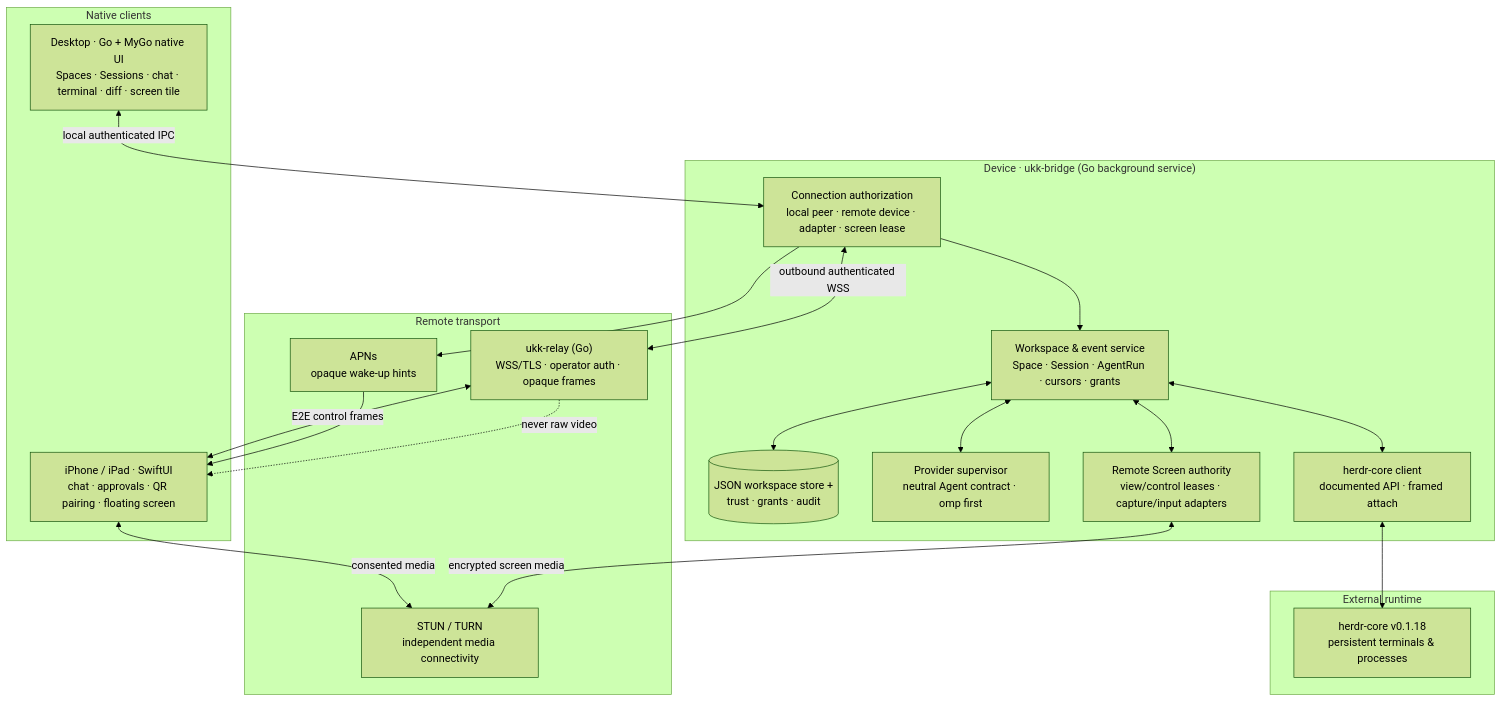
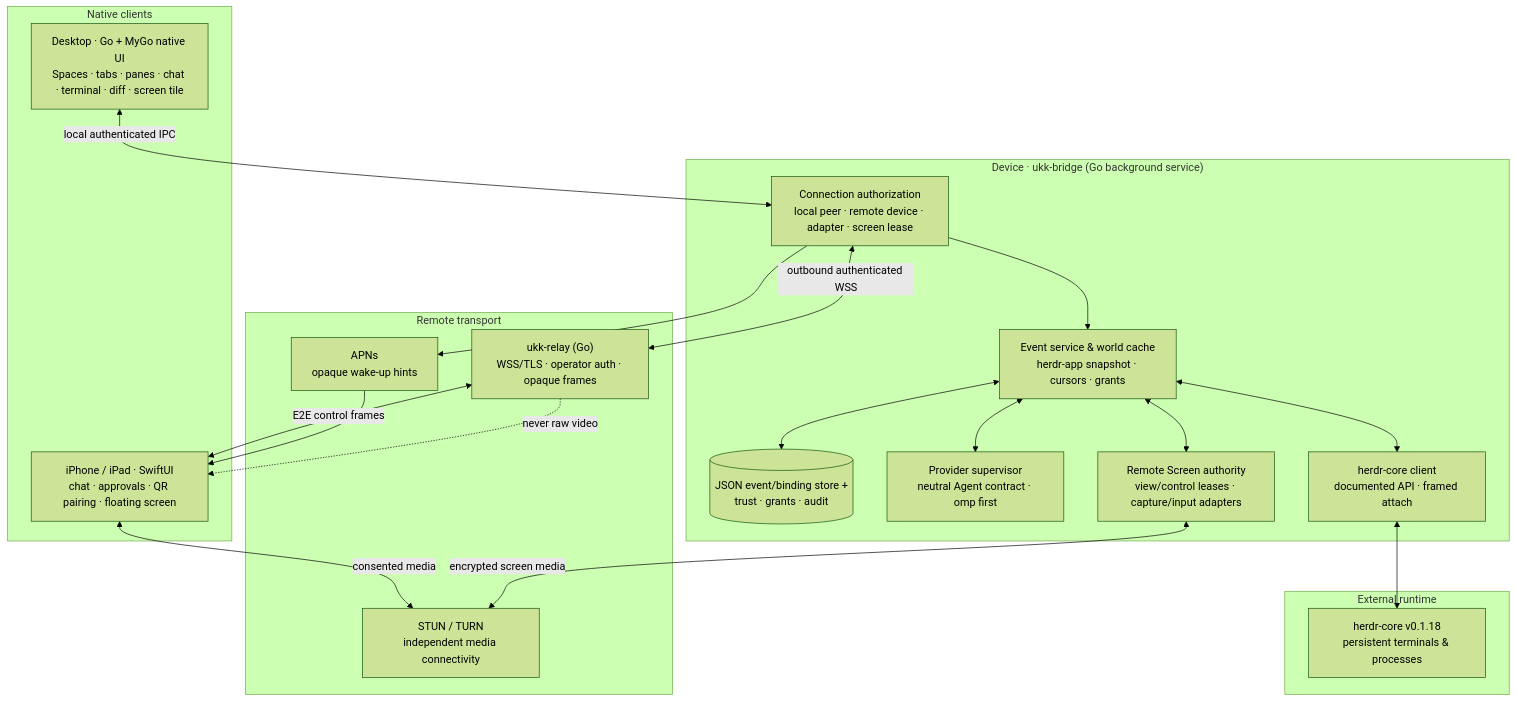
One commit to suj1e/ukk changed the diagram in docs/tech-design.md. Above: the diagram before and after it, drawn with Mermaid (forest theme). The commit also changed other lines of this file and 5 other files, not shown here.

First line of the commit message:
docs: adopt the core herdr-app document as the Desktop world model

````diff
--- a/docs/tech-design.md
+++ b/docs/tech-design.md
@@ -20,41 +21,41 @@
 ```mermaid
 flowchart TB
   subgraph Clients["Native clients"]
-    D["Desktop · Go + MyGo native UI<br/>Spaces · Sessions · chat · terminal · diff · screen tile"]
+    D["Desktop · Go + MyGo native UI<br/>Spaces · tabs · panes · chat · terminal · diff · screen tile"]
     I["iPhone / iPad · SwiftUI<br/>chat · approvals · QR pairing · floating screen"]
   end
 
   subgraph Local["Device · ukk-bridge (Go background service)"]
     AUTH["Connection authorization<br/>local peer · remote device · adapter · screen lease"]
-    MODEL["Workspace & event service<br/>Space · Session · AgentRun · cursors · grants"]
-    STORE[("JSON workspace store +<br/>trust · grants · audit")]
+    MODEL["Event service & world cache<br/>herdr-app snapshot · cursors · grants"]
+    STORE[("JSON event/binding store +<br/>trust · grants · audit")]
     PROV["Provider supervisor<br/>neutral Agent contract · omp first"]
     HC["herdr-core client<br/>documented API · framed attach"]
     SCR["Remote Screen authority<br/>view/control leases · capture/input adapters"]
     AUTH --> MODEL
     MODEL <--> STORE
     MODEL <--> PROV
     MODEL <--> HC
     MODEL <--> SCR
   end
 
   subgraph Runtime["External runtime"]
     CORE["herdr-core v0.1.18<br/>persistent terminals & processes"]
   end
 
   subgraph Network["Remote transport"]
     RELAY["ukk-relay (Go)<br/>WSS/TLS · operator auth · opaque frames"]
     MEDIA["STUN / TURN<br/>independent media connectivity"]
     PUSH["APNs<br/>opaque wake-up hints"]
   end
 
   D <--> |"local authenticated IPC"| AUTH
   I <--> |"E2E control frames"| RELAY
   AUTH <--> |"outbound authenticated WSS"| RELAY
   RELAY -.-> |"never raw video"| I
   SCR <--> |"encrypted screen media"| MEDIA
   I <--> |"consented media"| MEDIA
   HC <--> CORE
   AUTH --> PUSH
   PUSH --> I
 ```
````
